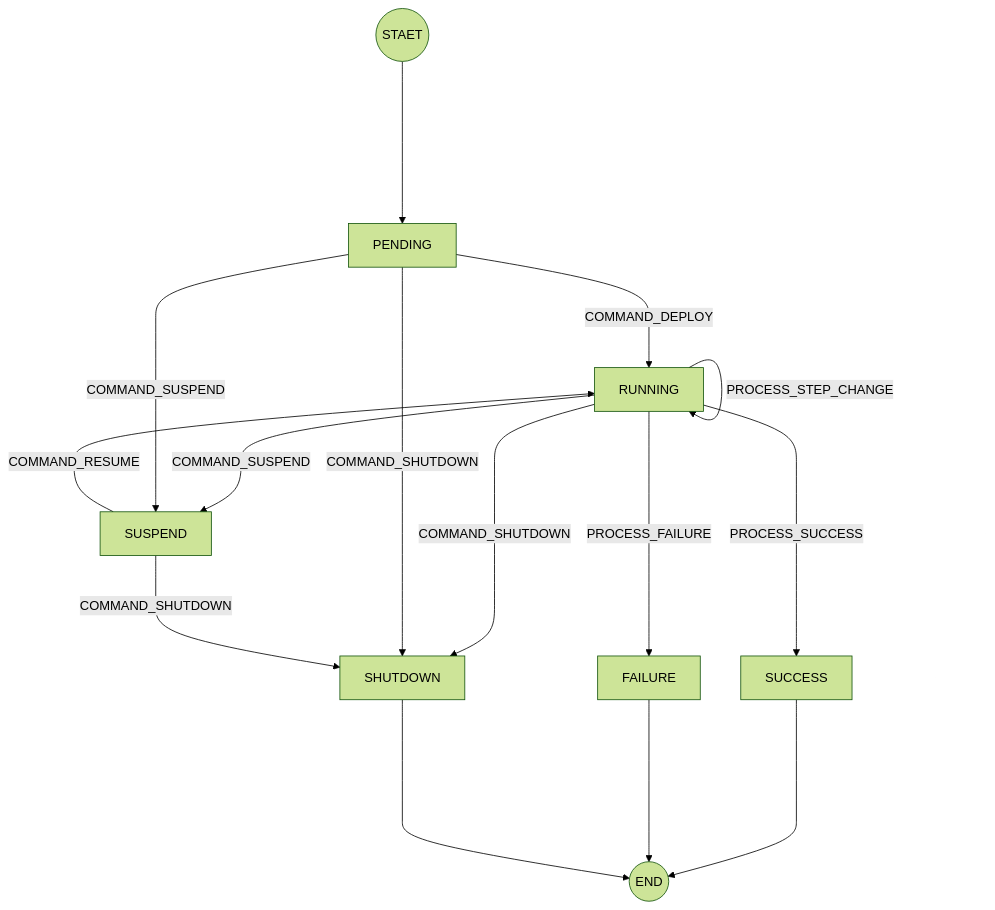
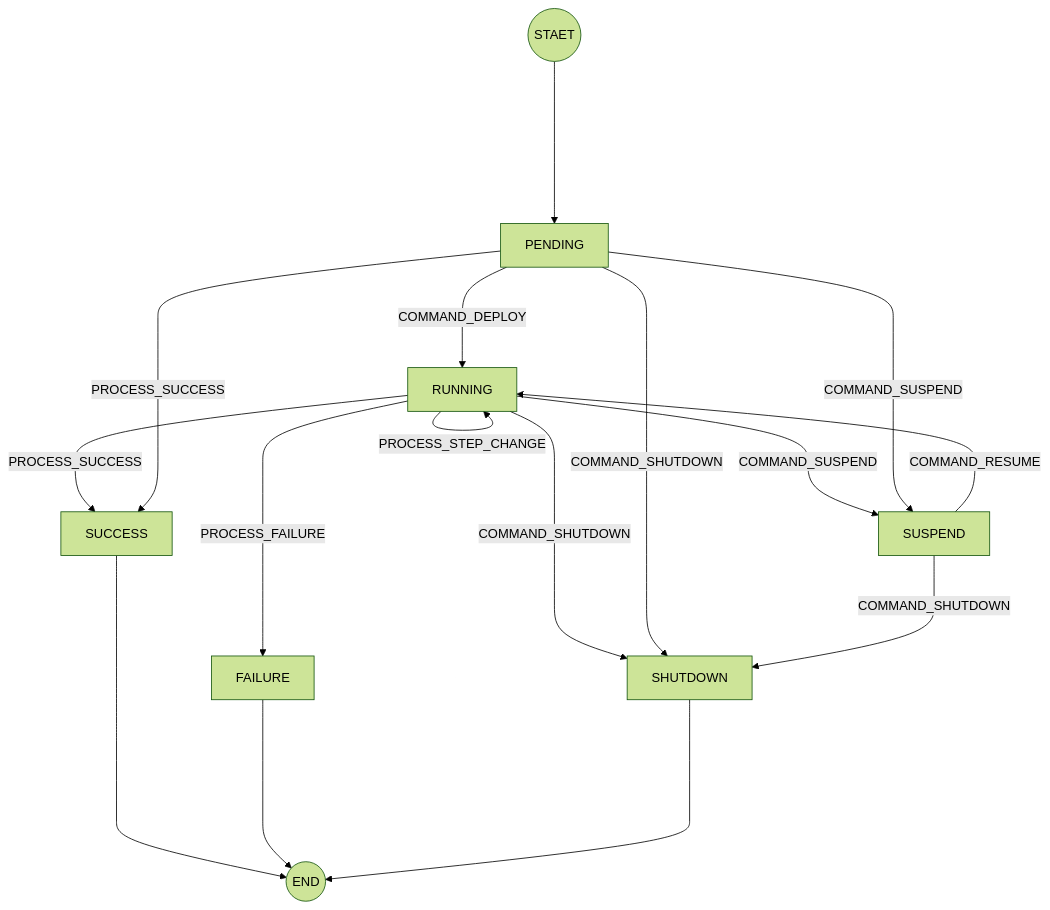
Before and after one commit to kalencaya/docs: the first of 3 diagrams in docs/2025/zh/project/workflow/orchestration/design.md, drawn with Mermaid (forest theme).

Commit message:
update docs website

````diff
--- a/docs/2025/zh/project/workflow/orchestration/design.md
+++ b/docs/2025/zh/project/workflow/orchestration/design.md
@@ -126,17 +126,18 @@
 ```mermaid
 flowchart TD;
 		START((STAET)) -----> PENDING;
     PENDING -- COMMAND_DEPLOY ---> RUNNING;
     RUNNING -- PROCESS_STEP_CHANGE ---> RUNNING;
     RUNNING -- PROCESS_SUCCESS ---> SUCCESS;
     RUNNING -- PROCESS_FAILURE ---> FAILURE;
     RUNNING -- COMMAND_SUSPEND ---> SUSPEND;
     RUNNING -- COMMAND_SHUTDOWN ---> SHUTDOWN;
     PENDING -- COMMAND_SHUTDOWN ---> SHUTDOWN;
     PENDING -- COMMAND_SUSPEND ---> SUSPEND;
+    PENDING -- PROCESS_SUCCESS ---> SUCCESS;
     SUSPEND -- COMMAND_RESUME ---> RUNNING;
     SUSPEND -- COMMAND_SHUTDOWN ---> SHUTDOWN;
     SUCCESS -----> END((END));
     FAILURE -----> END;
     SHUTDOWN -----> END;
 ```
````
